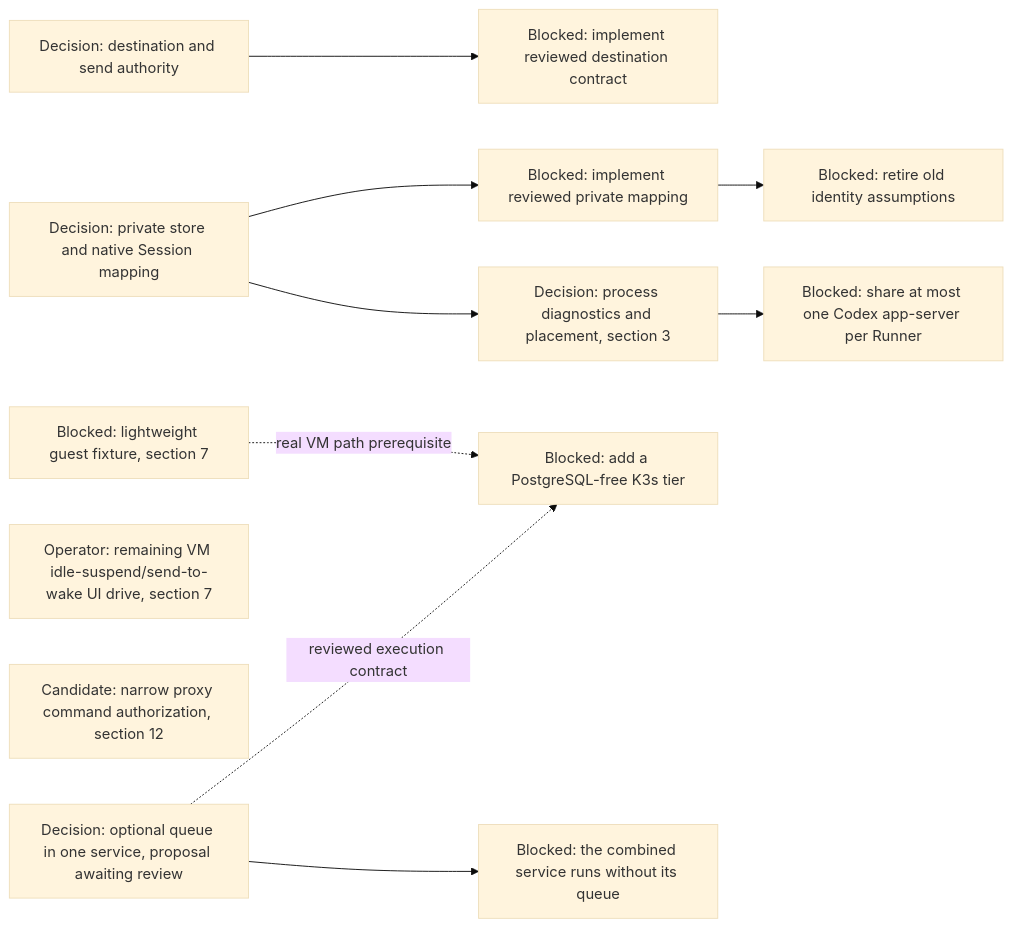
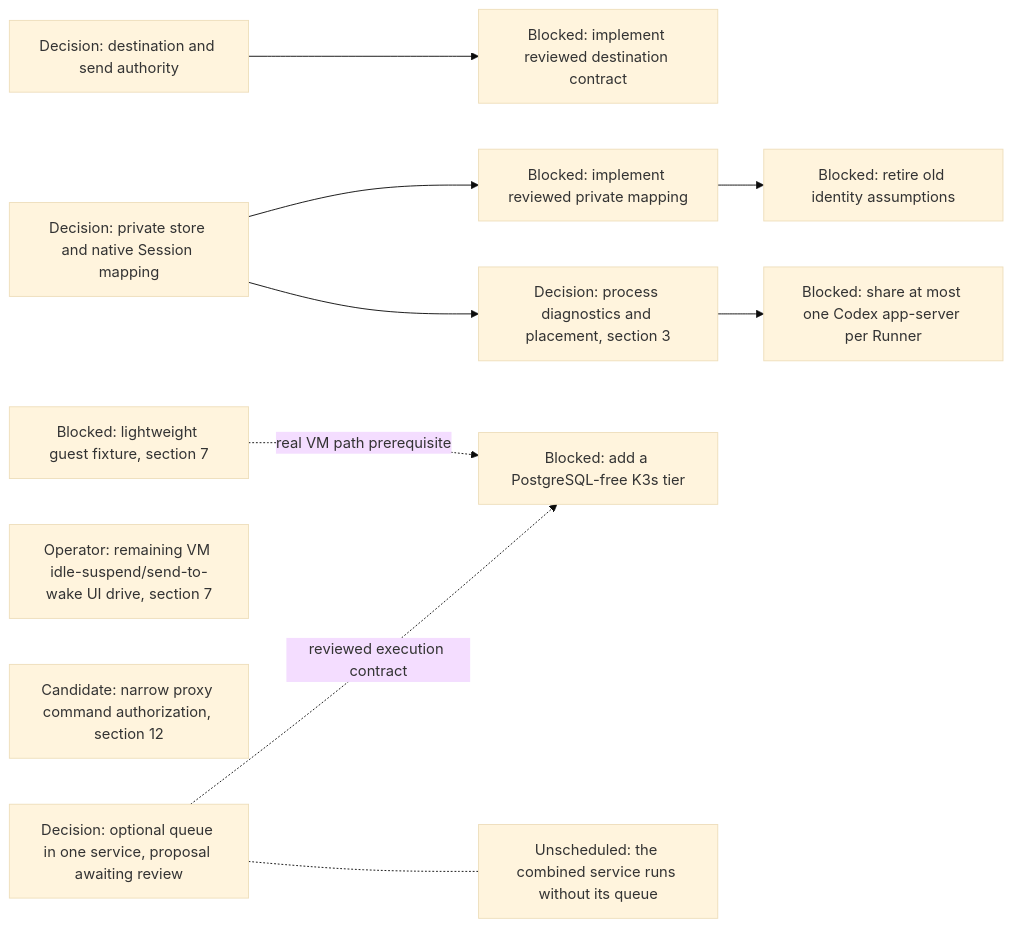
Before and after one commit to agentydragon/ducktape: diagram 15 of 17 in agentplane/plans/task_dag.md, drawn with Mermaid (base theme). The commit also changed other lines of this file, not shown here.

First line of the commit message:
agentplane/plans: DISPATCHER_QUEUE_OPTIONAL is unscheduled

````diff
--- a/agentplane/plans/task_dag.md
+++ b/agentplane/plans/task_dag.md
@@ -1709,22 +1709,22 @@
 ```mermaid
 flowchart LR
     DISPATCHER_PERSISTENCE_MODEL_DESIGN[Decision: optional queue in one service, proposal awaiting review]
     DELIVERY_DESTINATION_AUTHORITY_DESIGN[Decision: destination and send authority]
     DELIVERY_DESTINATION_CONTRACT[Blocked: implement reviewed destination contract]
     HARNESS_IDENTITY_DESIGN[Decision: private store and native Session mapping]
     RUNNER_STORE_SESSION_IDENTITY[Blocked: implement reviewed private mapping]
     RUNNER_IDENTITY_LEGACY_CLEANUP[Blocked: retire old identity assumptions]
     IDLE_SUSPEND_UI_DRIVE[Operator: remaining VM idle-suspend/send-to-wake UI drive, section 7]
     PROXY_START_METHODS_DISPATCHER_ONLY[Candidate: narrow proxy command authorization, section 12]
     RUNNER_HARNESS_OBJECTS_DESIGN[Decision: process diagnostics and placement, section 3]
     CNPG_FREE_K3S_INTEGRATION_TIER[Blocked: add a PostgreSQL-free K3s tier]
     K3S_VM_IMAGE[Blocked: lightweight guest fixture, section 7]
     DELIVERY_DESTINATION_AUTHORITY_DESIGN --> DELIVERY_DESTINATION_CONTRACT
     RUNNER_STORE_SESSION_IDENTITY --> RUNNER_IDENTITY_LEGACY_CLEANUP
     HARNESS_IDENTITY_DESIGN --> RUNNER_STORE_SESSION_IDENTITY
     HARNESS_IDENTITY_DESIGN --> RUNNER_HARNESS_OBJECTS_DESIGN
     RUNNER_HARNESS_OBJECTS_DESIGN --> RUNNER_CODEX_SHARED_PROCESS[Blocked: share at most one Codex app-server per Runner]
     DISPATCHER_PERSISTENCE_MODEL_DESIGN -. reviewed execution contract .-> CNPG_FREE_K3S_INTEGRATION_TIER
-    DISPATCHER_PERSISTENCE_MODEL_DESIGN --> DISPATCHER_QUEUE_OPTIONAL[Blocked: the combined service runs without its queue]
+    DISPATCHER_PERSISTENCE_MODEL_DESIGN -.- DISPATCHER_QUEUE_OPTIONAL[Unscheduled: the combined service runs without its queue]
     K3S_VM_IMAGE -. real VM path prerequisite .-> CNPG_FREE_K3S_INTEGRATION_TIER
 ```
````
